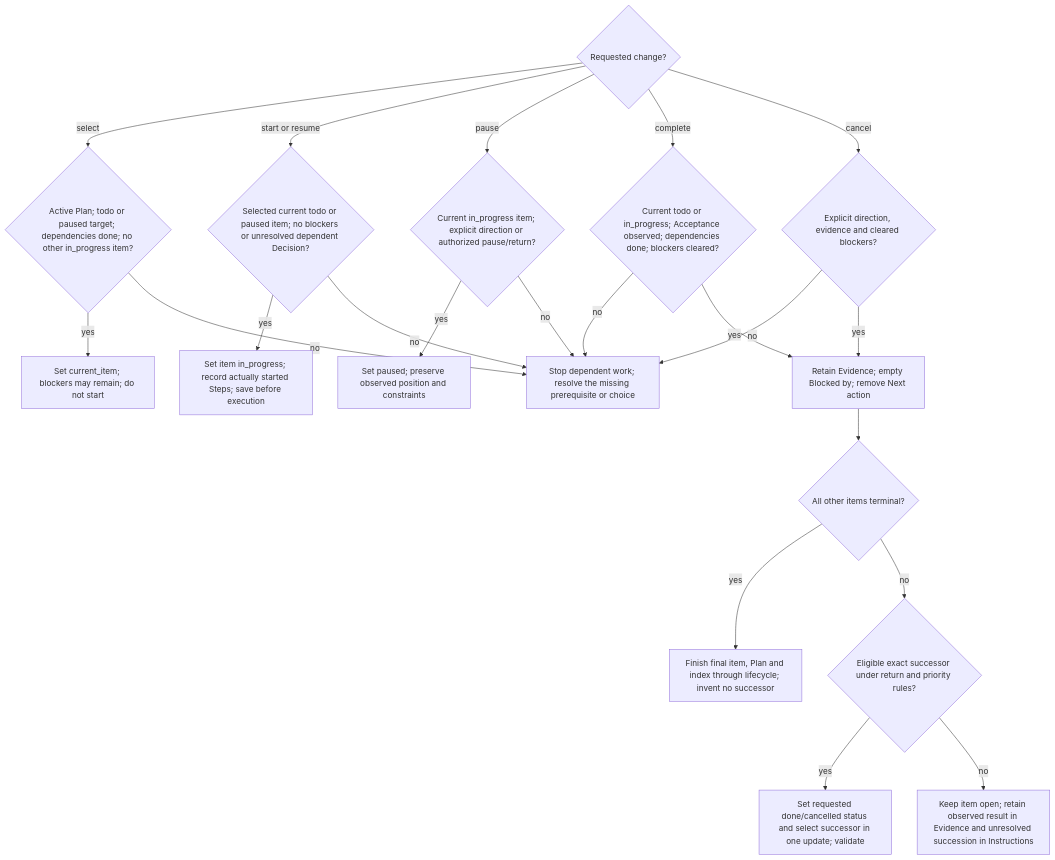
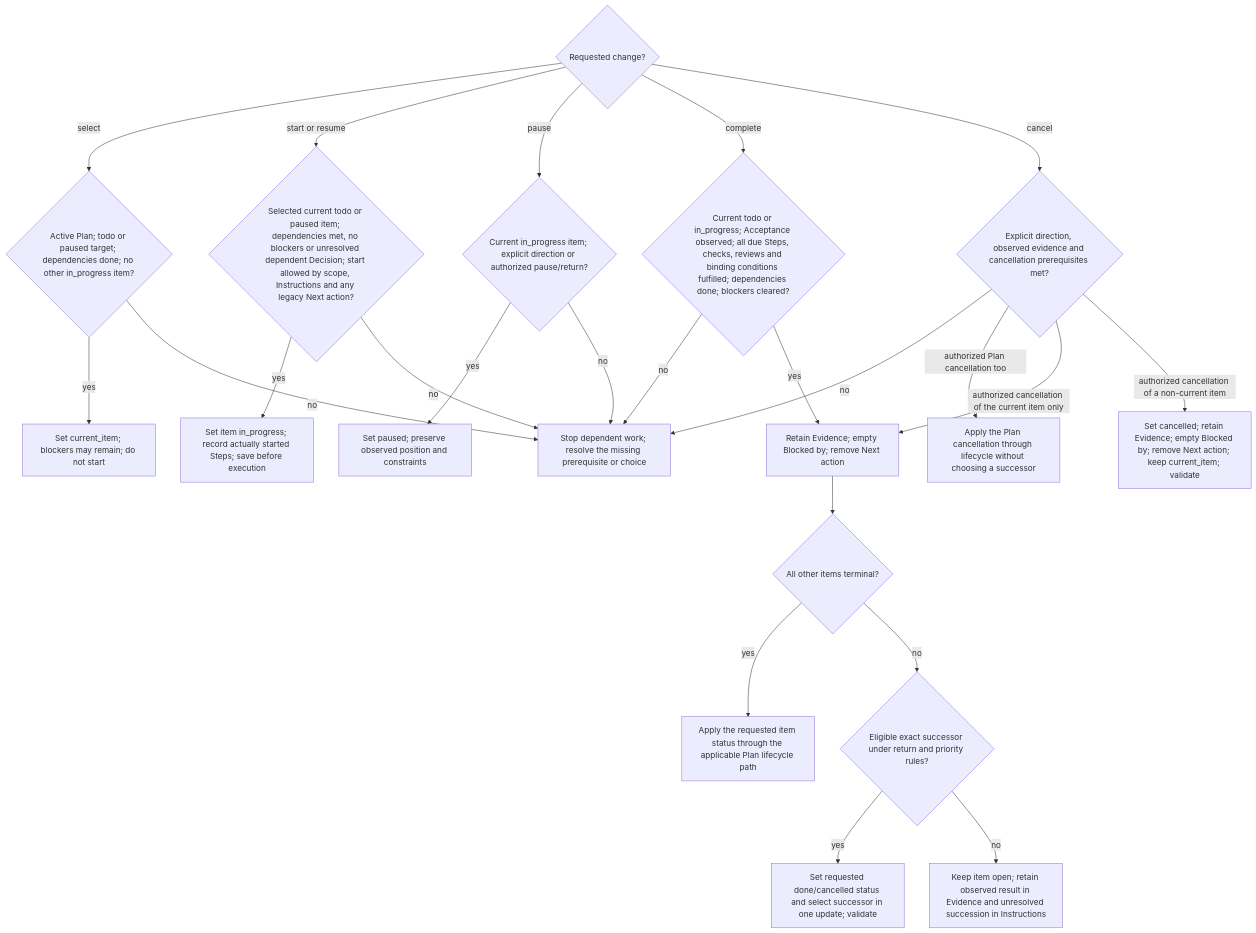
Before and after one commit to benjaminstelzer/scoville-suite: the diagram in members/scoville-plan/scoville-plan/references/progress.md, drawn with Mermaid. The commit also changed other lines of this file and 152 other files, not shown here.

````diff
--- a/members/scoville-plan/scoville-plan/references/progress.md
+++ b/members/scoville-plan/scoville-plan/references/progress.md
@@ -202,24 +208,26 @@
 ```mermaid
 flowchart TD
   change{"Requested change?"}
   change -->|select| select{"Active Plan; todo or paused target; dependencies done; no other in_progress item?"}
   select -->|yes| selected["Set current_item; blockers may remain; do not start"]
   select -->|no| stop["Stop dependent work; resolve the missing prerequisite or choice"]
-  change -->|start or resume| ready{"Selected current todo or paused item; no blockers or unresolved dependent Decision?"}
+  change -->|start or resume| ready{"Selected current todo or paused item; dependencies met, no blockers or unresolved dependent Decision; start allowed by scope, Instructions and any legacy Next action?"}
   ready -->|yes| started["Set item in_progress; record actually started Steps; save before execution"]
   ready -->|no| stop
   change -->|pause| pause{"Current in_progress item; explicit direction or authorized pause/return?"}
   pause -->|yes| paused["Set paused; preserve observed position and constraints"]
   pause -->|no| stop
-  change -->|complete| accepted{"Current todo or in_progress; Acceptance observed; dependencies done; blockers cleared?"}
+  change -->|complete| accepted{"Current todo or in_progress; Acceptance observed; all due Steps, checks, reviews and binding conditions fulfilled; dependencies done; blockers cleared?"}
   accepted -->|no| stop
   accepted -->|yes| finish["Retain Evidence; empty Blocked by; remove Next action"]
-  change -->|cancel| cancel{"Explicit direction, evidence and cleared blockers?"}
+  change -->|cancel| cancel{"Explicit direction, observed evidence and cancellation prerequisites met?"}
   cancel -->|no| stop
-  cancel -->|yes| finish
+  cancel -->|authorized Plan cancellation too| cancelPlan["Apply the Plan cancellation through lifecycle without choosing a successor"]
+  cancel -->|authorized cancellation of the current item only| finish
+  cancel -->|authorized cancellation of a non-current item| other["Set cancelled; retain Evidence; empty Blocked by; remove Next action; keep current_item; validate"]
   finish --> last{"All other items terminal?"}
-  last -->|yes| terminal["Finish final item, Plan and index through lifecycle; invent no successor"]
+  last -->|yes| terminal["Apply the requested item status through the applicable Plan lifecycle path"]
   last -->|no| successor{"Eligible exact successor under return and priority rules?"}
   successor -->|yes| next["Set requested done/cancelled status and select successor in one update; validate"]
   successor -->|no| retain["Keep item open; retain observed result in Evidence and unresolved succession in Instructions"]
 ```
````
